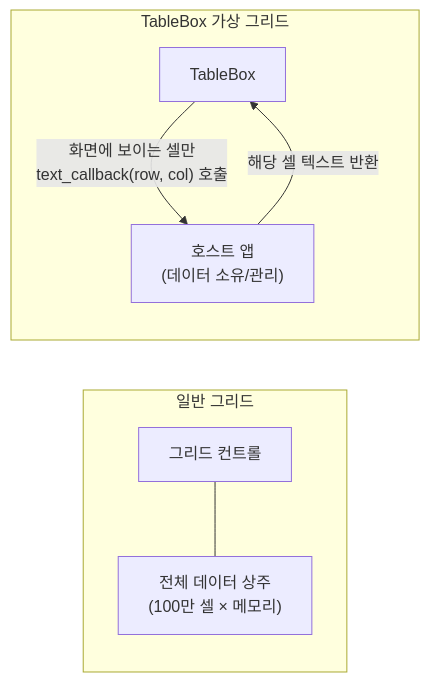
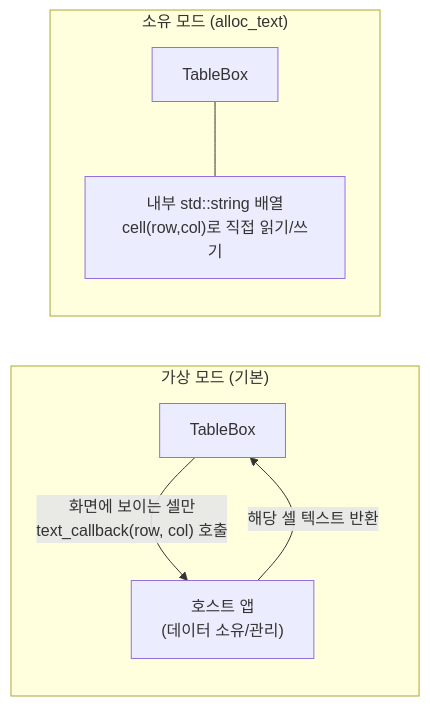
The eighth of 10 diagrams in Documents/jbBox Class Library 매뉴얼.md (JungBai-Park/jbClass), drawn with Mermaid before and after one commit. The commit also changed other lines of this file and 11 other files, not shown here.

````diff
--- a/Documents/jbBox Class Library 매뉴얼.md
+++ b/Documents/jbBox Class Library 매뉴얼.md
@@ -490,10 +1170,10 @@
 ```mermaid
 graph LR
-    subgraph "일반 그리드"
-        G["그리드 컨트롤"] --- D["전체 데이터 상주\n(100만 셀 × 메모리)"]
-    end
-    subgraph "TableBox 가상 그리드"
+    subgraph "가상 모드 (기본)"
         T["TableBox"] -->|"화면에 보이는 셀만\ntext_callback(row, col) 호출"| CB["호스트 앱\n(데이터 소유/관리)"]
         CB -->|"해당 셀 텍스트 반환"| T
     end
+    subgraph "소유 모드 (alloc_text)"
+        T2["TableBox"] --- D2["내부 std::string 배열\ncell(row,col)로 직접 읽기/쓰기"]
+    end
 ```
````
